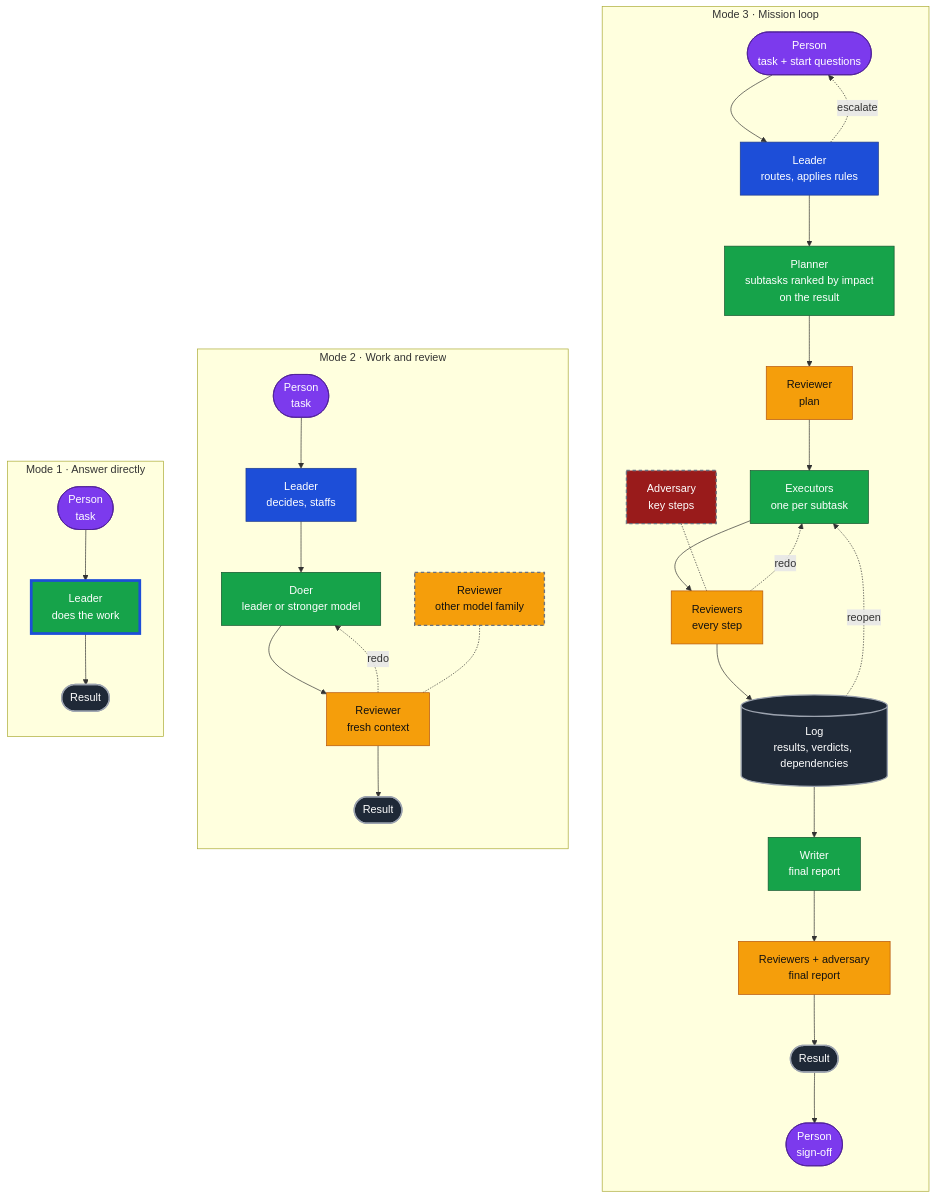
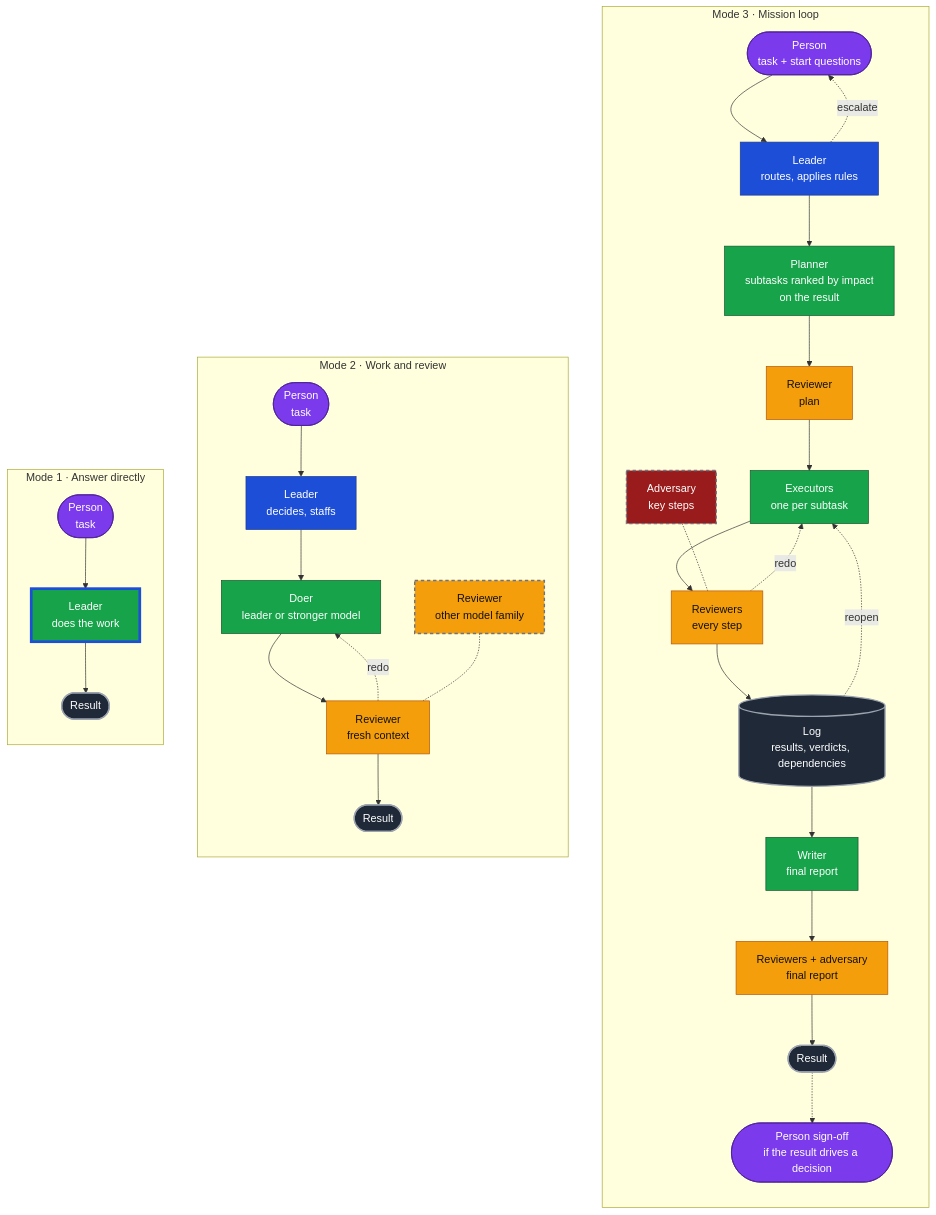
Before and after one commit to keyhell/mission-leader: the diagram in README.md, drawn with Mermaid. The commit also changed other lines of this file and 5 other files, not shown here.

First line of the commit message:
Review fixes: acceptance needs real verdicts, mode default 2, no pilot numbers, report template, optional log

````diff
--- a/README.md
+++ b/README.md
@@ -14,41 +14,41 @@
 ```mermaid
 flowchart LR
   subgraph M1["Mode 1 · Answer directly"]
     direction TB
     P1(["Person<br/>task"]) --> L1["Leader<br/>does the work"] --> R1(["Result"])
   end
   subgraph M2["Mode 2 · Work and review"]
     direction TB
     P2(["Person<br/>task"]) --> L2["Leader<br/>decides, staffs"] --> D2["Doer<br/>leader or stronger model"] --> V2["Reviewer<br/>fresh context"] --> R2(["Result"])
     V2 -. redo .-> D2
     O2["Reviewer<br/>other model family"] -.- V2
   end
   subgraph M3["Mode 3 · Mission loop"]
     direction TB
     P3(["Person<br/>task + start questions"]) --> L3["Leader<br/>routes, applies rules"] --> PL["Planner<br/>subtasks ranked by impact<br/>on the result"] --> VP["Reviewer<br/>plan"]
     VP --> EX["Executors<br/>one per subtask"] --> VE["Reviewers<br/>every step"] --> LOG[("Log<br/>results, verdicts, dependencies")]
     VE -. redo .-> EX
     LOG -. reopen .-> EX
     A3["Adversary<br/>key steps"] -.- VE
-    LOG --> W["Writer<br/>final report"] --> VF["Reviewers + adversary<br/>final report"] --> R3(["Result"]) --> S3(["Person<br/>sign-off"])
+    LOG --> W["Writer<br/>final report"] --> VF["Reviewers + adversary<br/>final report"] --> R3(["Result"]) -.-> S3(["Person sign-off<br/>if the result drives a decision"])
     L3 -. escalate .-> P3
   end
   M1 ~~~ M2 ~~~ M3
   classDef leader fill:#1d4ed8,stroke:#1e3a8a,color:#ffffff
   classDef doer fill:#16a34a,stroke:#14532d,color:#ffffff
   classDef leaderdoer fill:#16a34a,stroke:#1d4ed8,stroke-width:4px,color:#ffffff
   classDef reviewer fill:#f59e0b,stroke:#b45309,color:#111111
   classDef adversary fill:#991b1b,stroke:#450a0a,color:#ffffff
   classDef person fill:#7c3aed,stroke:#4c1d95,color:#ffffff
   classDef infra fill:#1f2937,stroke:#9ca3af,stroke-width:2px,color:#ffffff
   classDef optional fill:#f59e0b,stroke:#6b7280,stroke-width:2px,stroke-dasharray:5 4,color:#111111
   classDef optadv fill:#991b1b,stroke:#6b7280,stroke-width:2px,stroke-dasharray:5 4,color:#ffffff
   class L2,L3 leader
   class L1 leaderdoer
   class D2,PL,EX,W doer
   class V2,VP,VE,VF reviewer
   class P1,P2,P3,S3 person
   class R1,R2,R3,LOG infra
   class O2 optional
   class A3 optadv
 ```
````
